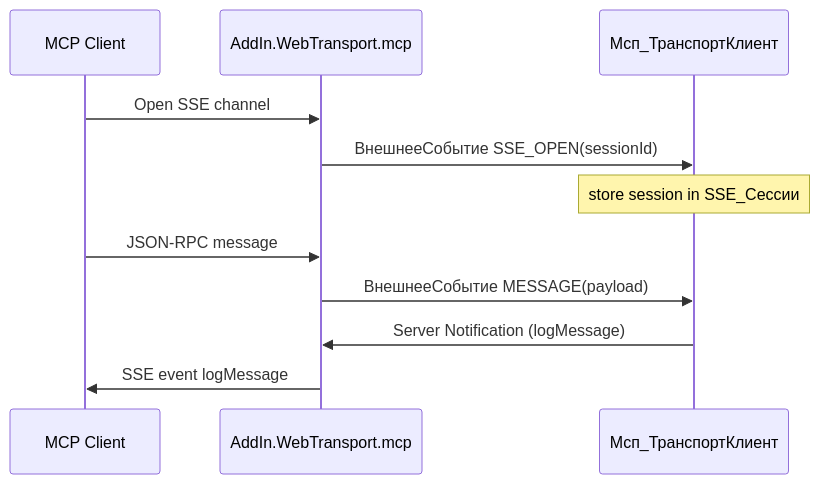
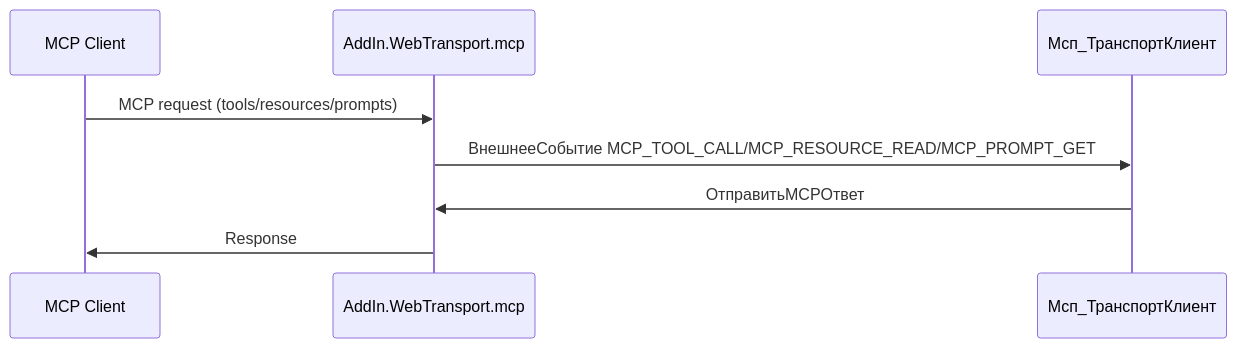
The fourth of 4 diagrams in ARCHITECTURE.md (SandersNeo/onec-client-mcp-devkit), drawn with Mermaid before and after one commit. The commit also changed other lines of this file and 1 other file, not shown here.

Commit message:
docs: update MCP transport docs

````diff
--- a/ARCHITECTURE.md
+++ b/ARCHITECTURE.md
@@ -58,16 +58,11 @@
 ```mermaid
 sequenceDiagram
   participant C as MCP Client
   participant T as AddIn.WebTransport.mcp
   participant S as Мсп_ТранспортКлиент
 
-  C->>T: Open SSE channel
-  T->>S: ВнешнееСобытие SSE_OPEN(sessionId)
-  Note over S: store session in SSE_Сессии
-
-  C->>T: JSON-RPC message
-  T->>S: ВнешнееСобытие MESSAGE(payload)
-
-  S->>T: Server Notification (logMessage)
-  T->>C: SSE event logMessage
+  C->>T: MCP request (tools/resources/prompts)
+  T->>S: ВнешнееСобытие MCP_TOOL_CALL/MCP_RESOURCE_READ/MCP_PROMPT_GET
+  S->>T: ОтправитьMCPОтвет
+  T->>C: Response
 ```
````
